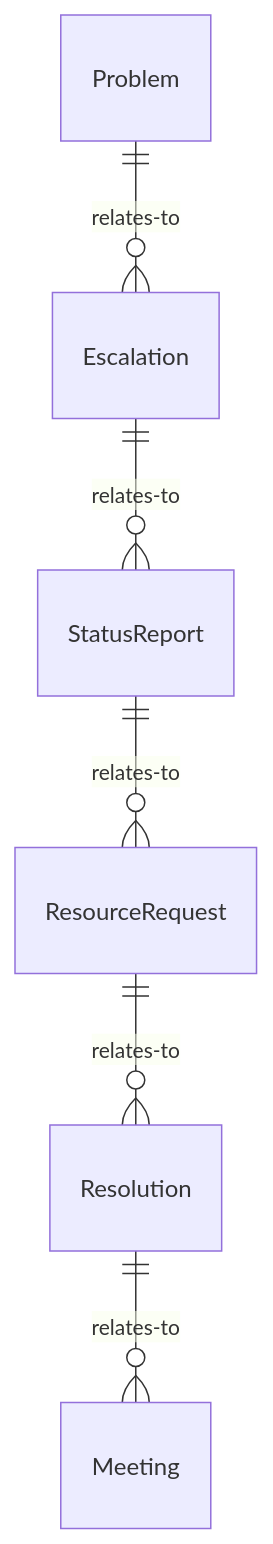
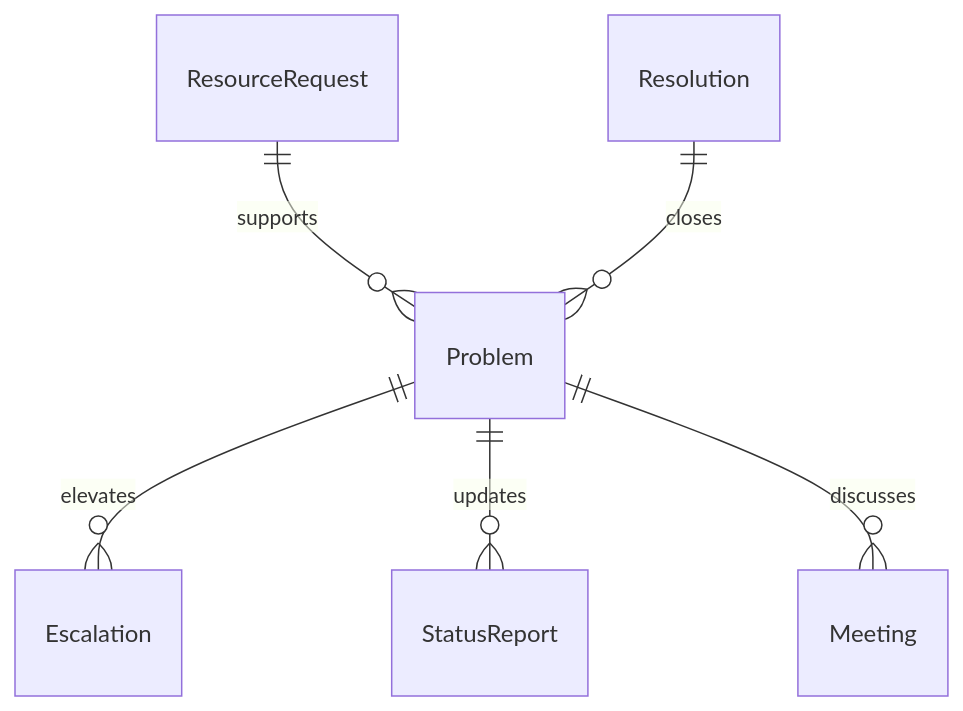
One commit to dot-org-ai/tasks.org.ai changed the first of 4 diagrams in CommunicatingWithSupervisorsPeersOrSubordinates/CoordinateWithOthersToResolveProblems/CommunicateManagementStaffResolveProblems.mdx. Above: the diagram before and after it, drawn with Mermaid. The commit also changed other lines of this file and 515 other files, not shown here.

````diff
--- a/CommunicatingWithSupervisorsPeersOrSubordinates/CoordinateWithOthersToResolveProblems/CommunicateManagementStaffResolveProblems.mdx
+++ b/CommunicatingWithSupervisorsPeersOrSubordinates/CoordinateWithOthersToResolveProblems/CommunicateManagementStaffResolveProblems.mdx
@@ -88,8 +88,8 @@
 ```mermaid
 erDiagram
-    Problem ||--o{ Escalation : relates-to
-    Escalation ||--o{ StatusReport : relates-to
-    StatusReport ||--o{ ResourceRequest : relates-to
-    ResourceRequest ||--o{ Resolution : relates-to
-    Resolution ||--o{ Meeting : relates-to
+    Problem ||--o{ Escalation : elevates
+    Problem ||--o{ StatusReport : updates
+    Problem ||--o{ Meeting : discusses
+    ResourceRequest ||--o{ Problem : supports
+    Resolution ||--o{ Problem : closes
 ```
````
